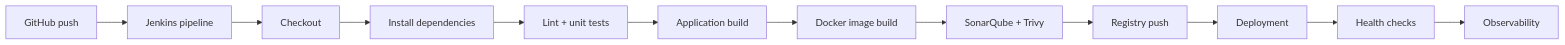
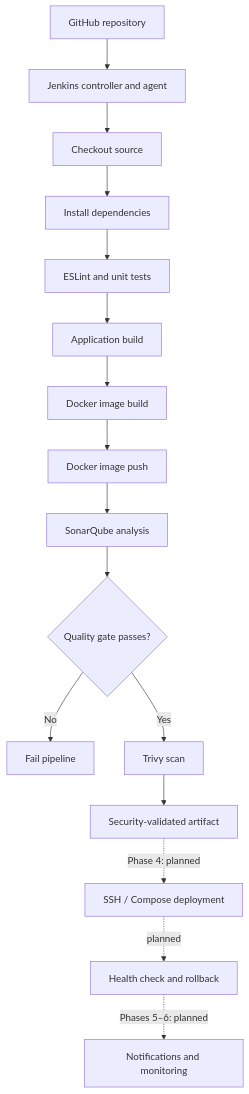
One commit to RudraSingh05/RescueChain changed the third of 3 diagrams in README.md. Above: the diagram before and after it, drawn with Mermaid. The commit also changed other lines of this file and 2 other files, not shown here.

Commit message:
docs: add project README and system architecture

````diff
--- a/README.md
+++ b/README.md
@@ -245,14 +234,18 @@
 ```mermaid
-flowchart LR
-    G[GitHub push] --> J[Jenkins pipeline]
-    J --> C[Checkout]
-    C --> N[Install dependencies]
-    N --> L[Lint + unit tests]
-    L --> B[Application build]
-    B --> DB[Docker image build]
-    DB --> S[SonarQube + Trivy]
-    S --> P[Registry push]
-    P --> D[Deployment]
-    D --> H[Health checks]
-    H --> O[Observability]
+flowchart TD
+    A[GitHub repository] --> B[Jenkins controller and agent]
+    B --> C[Checkout source]
+    C --> D[Install dependencies]
+    D --> E[ESLint and unit tests]
+    E --> F[Application build]
+    F --> G[Docker image build]
+    G --> H[Docker image push]
+    H --> I[SonarQube analysis]
+    I --> J{Quality gate passes?}
+    J -- No --> K[Fail pipeline]
+    J -- Yes --> L[Trivy scan]
+    L --> M[Security-validated artifact]
+    M -. Phase 4: planned .-> N[SSH / Compose deployment]
+    N -. planned .-> O[Health check and rollback]
+    O -. Phases 5–6: planned .-> P[Notifications and monitoring]
 ```
````
